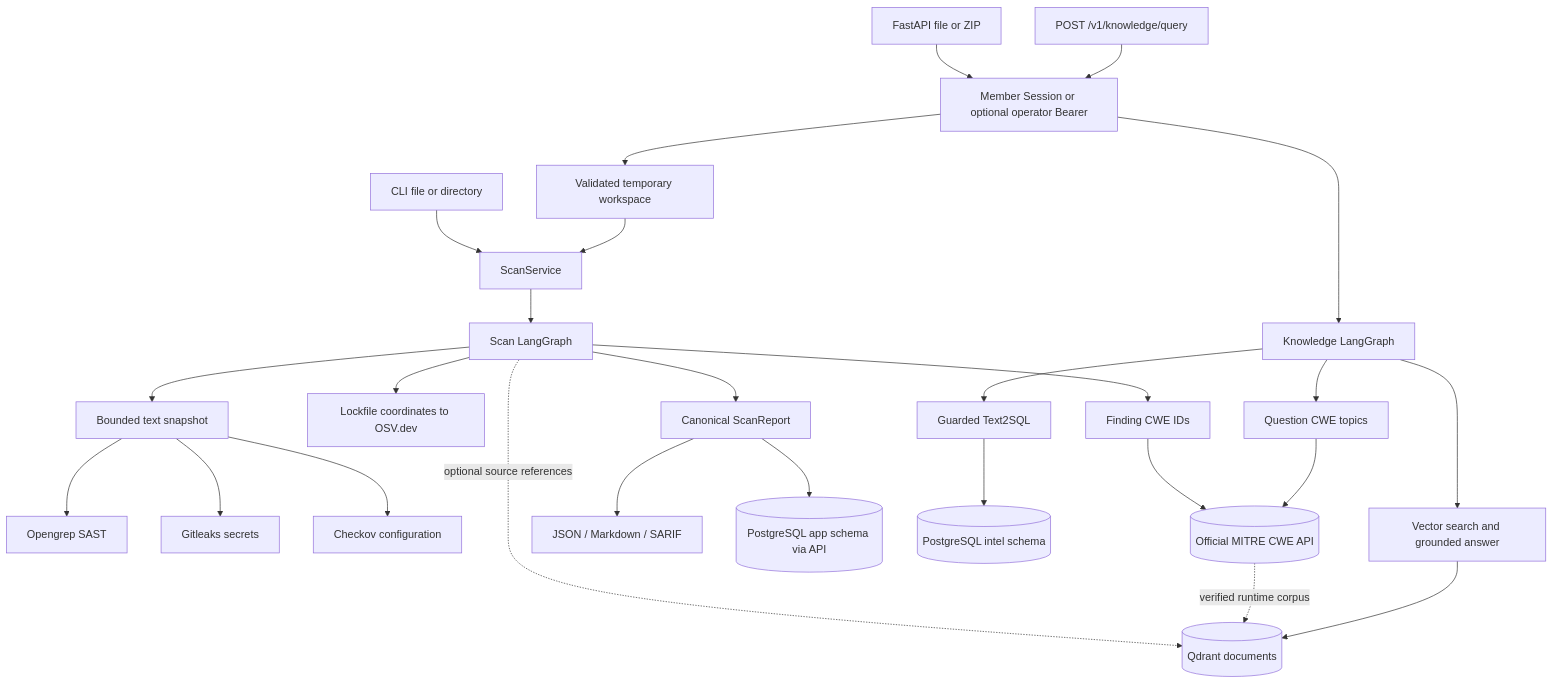
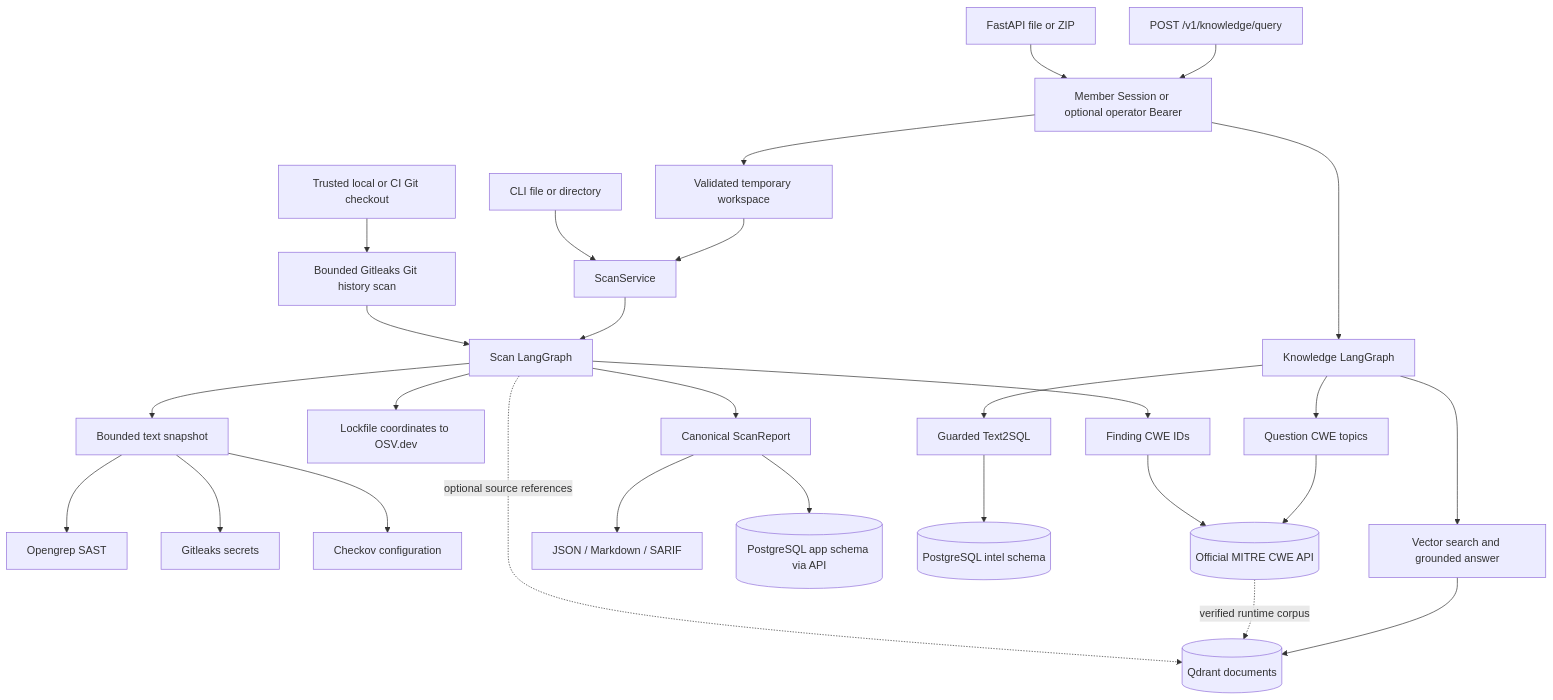
The diagram in docs/architecture.md (taehyeon-git/SecRAGraph), drawn with Mermaid before and after one commit. The commit also changed other lines of this file and 30 other files, not shown here.

First line of the commit message:
Add bounded Git history secret scanning and CI gate (#16)

````diff
--- a/docs/architecture.md
+++ b/docs/architecture.md
@@ -7,28 +7,30 @@
 ```mermaid
 flowchart TB
   FILE[CLI file or directory] --> SCAN[ScanService]
+  HISTORY[Trusted local or CI Git checkout] --> HSCAN[Bounded Gitleaks Git history scan]
+  HSCAN --> SGRAPH
   UPLOAD[FastAPI file or ZIP] --> AUTH[Member Session or optional operator Bearer]
   AUTH --> TEMP[Validated temporary workspace]
   TEMP --> SCAN
   SCAN --> SGRAPH[Scan LangGraph]
   SGRAPH --> SNAP[Bounded text snapshot]
   SNAP --> SAST[Opengrep SAST]
   SNAP --> SECRET[Gitleaks secrets]
   SNAP --> CONFIG[Checkov configuration]
   SGRAPH --> OSV[Lockfile coordinates to OSV.dev]
   SGRAPH --> CWE[Finding CWE IDs]
   CWE --> MITRE[(Official MITRE CWE API)]
   SGRAPH -. optional source references .-> QDRANT[(Qdrant documents)]
   SGRAPH --> CANON[Canonical ScanReport]
   CANON --> FORMATS[JSON / Markdown / SARIF]
   CANON --> APPDB[(PostgreSQL app schema via API)]
   QUESTION[POST /v1/knowledge/query] --> AUTH
   AUTH --> KGRAPH[Knowledge LangGraph]
   KGRAPH --> SQL[Guarded Text2SQL]
   SQL --> INTEL[(PostgreSQL intel schema)]
   KGRAPH --> VEC[Vector search and grounded answer]
   KGRAPH --> TOPICS[Question CWE topics]
   TOPICS --> MITRE
   MITRE -. verified runtime corpus .-> QDRANT
   VEC --> QDRANT
 ```
````
